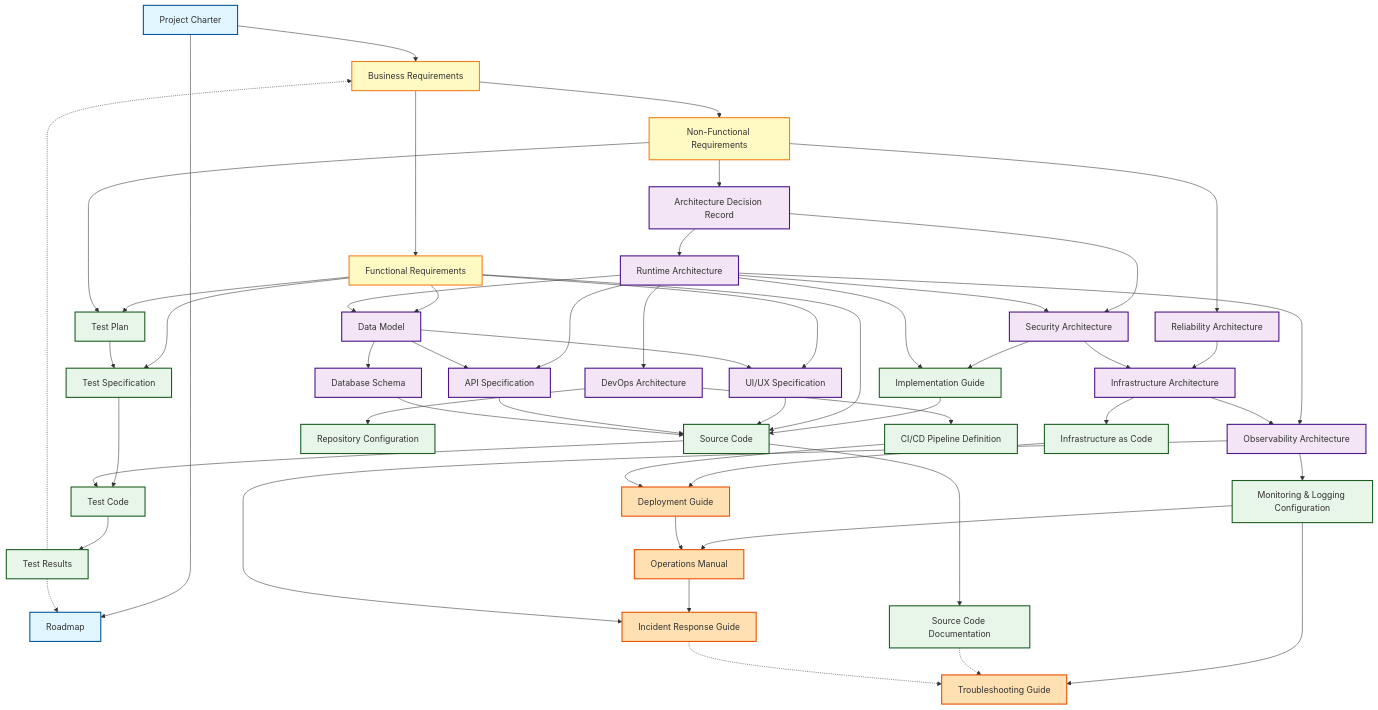
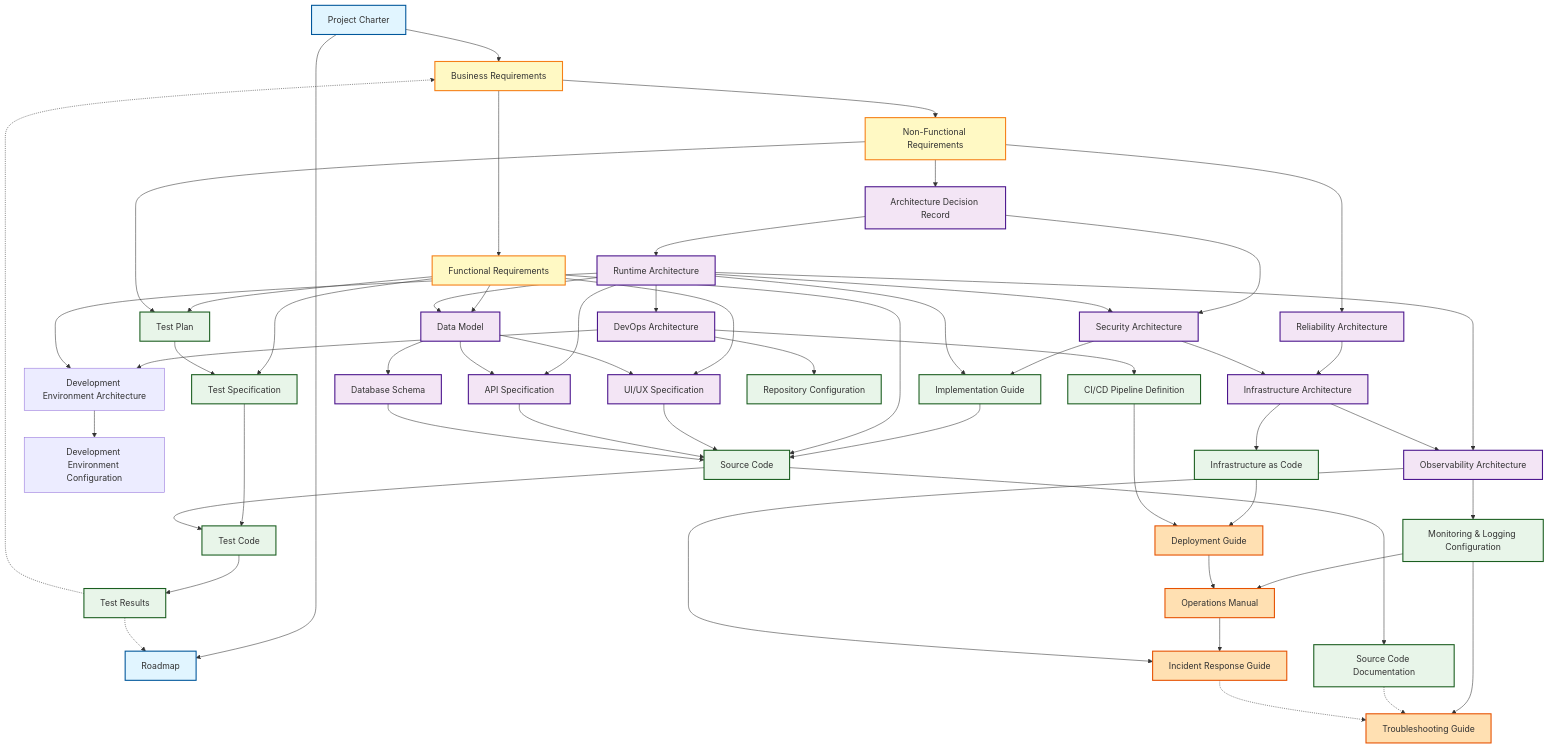
The second of 2 diagrams in specs/artifact-taxonomy.md (mahitotsu/ukiyoue), drawn with Mermaid before and after one commit. The commit also changed other lines of this file, not shown here.

First line of the commit message:
feat: Add Development Environment artifacts (Architecture & Configuration)

```diff
--- a/specs/artifact-taxonomy.md
+++ b/specs/artifact-taxonomy.md
@@ -606,9 +638,11 @@
     InfraArch[Infrastructure Architecture]
     ObservabilityArch[Observability Architecture]
     DevOpsArch[DevOps Architecture]
+    DevEnvArch[Development Environment Architecture]
 
     %% Layer 4: Implementation & Test
     ImplGuide[Implementation Guide]
+    DevEnvConfig[Development Environment Configuration]
     DBSchema[Database Schema]
     IaC[Infrastructure as Code]
     PipelineDef[CI/CD Pipeline Definition]
@@ -676,7 +710,12 @@
     %% DevOps Flow
     DevOpsArch --> PipelineDef
     DevOpsArch --> RepoConfig
+    DevOpsArch --> DevEnvArch
     PipelineDef --> DeployGuide
+
+    %% Development Environment Flow
+    RuntimeArch --> DevEnvArch
+    DevEnvArch --> DevEnvConfig
 
     %% Observability Flow
     ObservabilityArch --> MonitoringConfig
```
